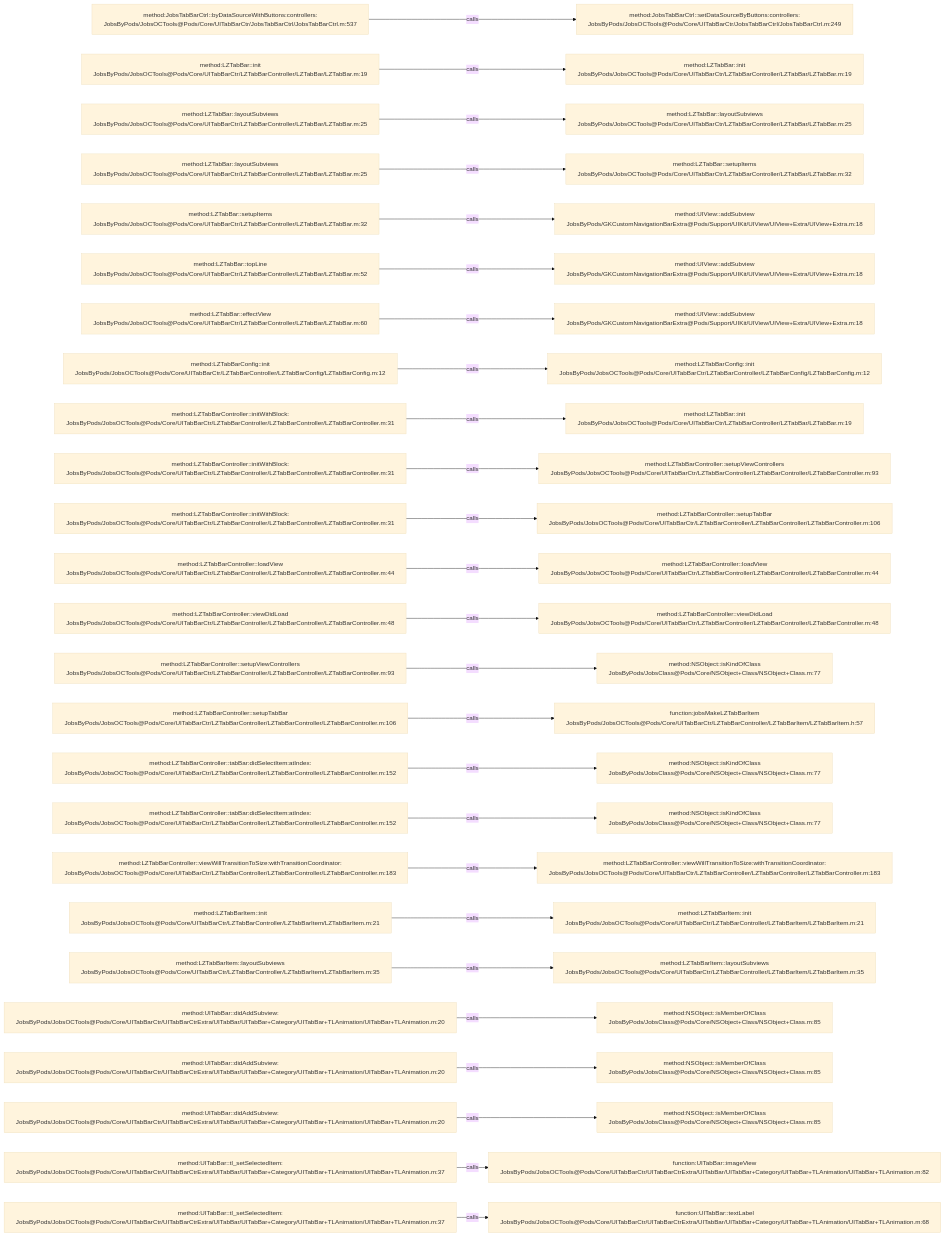
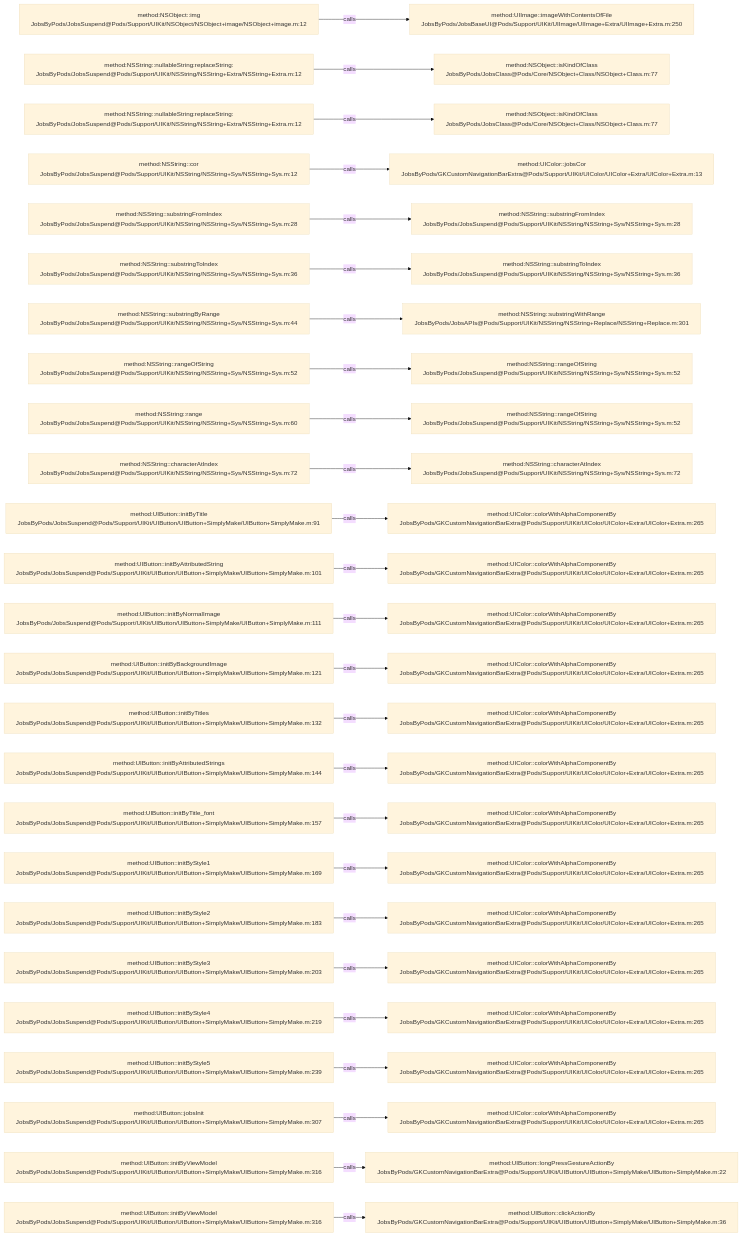
One commit to JobsKits/JobsOCBaseConfigDemo changed the diagram in .codegraph/codegraph.md/graphs/calls-160.md. Above: the diagram before and after it, drawn with Mermaid (base theme). The commit also changed 639 other files, not shown here.

````diff
--- a/.codegraph/codegraph.md/graphs/calls-160.md
+++ b/.codegraph/codegraph.md/graphs/calls-160.md
@@ -13,78 +13,78 @@
 ```mermaid
 flowchart LR
-  S1["method:JobsTabBarCtrl::byDataSourceWithButtons:controllers:<br/>JobsByPods/JobsOCTools@Pods/Core/UITabBarCtr/JobsTabBarCtrl/JobsTabBarCtrl.m:537"]
-  T1["method:JobsTabBarCtrl::setDataSourceByButtons:controllers:<br/>JobsByPods/JobsOCTools@Pods/Core/UITabBarCtr/JobsTabBarCtrl/JobsTabBarCtrl.m:249"]
+  S1["method:NSObject::img<br/>JobsByPods/JobsSuspend@Pods/Support/UIKit/NSObject/NSObject+image/NSObject+image.m:12"]
+  T1["method:UIImage::imageWithContentsOfFile<br/>JobsByPods/JobsBaseUI@Pods/Support/UIKit/UIImage/UIImage+Extra/UIImage+Extra.m:250"]
   S1 -->|calls| T1
-  S2["method:LZTabBar::init<br/>JobsByPods/JobsOCTools@Pods/Core/UITabBarCtr/LZTabBarController/LZTabBar/LZTabBar.m:19"]
-  T2["method:LZTabBar::init<br/>JobsByPods/JobsOCTools@Pods/Core/UITabBarCtr/LZTabBarController/LZTabBar/LZTabBar.m:19"]
+  S2["method:NSString::nullableString:replaceString:<br/>JobsByPods/JobsSuspend@Pods/Support/UIKit/NSString/NSString+Extra/NSString+Extra.m:12"]
+  T2["method:NSObject::isKindOfClass<br/>JobsByPods/JobsClass@Pods/Core/NSObject+Class/NSObject+Class.m:77"]
   S2 -->|calls| T2
-  S3["method:LZTabBar::layoutSubviews<br/>JobsByPods/JobsOCTools@Pods/Core/UITabBarCtr/LZTabBarController/LZTabBar/LZTabBar.m:25"]
-  T3["method:LZTabBar::layoutSubviews<br/>JobsByPods/JobsOCTools@Pods/Core/UITabBarCtr/LZTabBarController/LZTabBar/LZTabBar.m:25"]
+  S3["method:NSString::nullableString:replaceString:<br/>JobsByPods/JobsSuspend@Pods/Support/UIKit/NSString/NSString+Extra/NSString+Extra.m:12"]
+  T3["method:NSObject::isKindOfClass<br/>JobsByPods/JobsClass@Pods/Core/NSObject+Class/NSObject+Class.m:77"]
   S3 -->|calls| T3
-  S4["method:LZTabBar::layoutSubviews<br/>JobsByPods/JobsOCTools@Pods/Core/UITabBarCtr/LZTabBarController/LZTabBar/LZTabBar.m:25"]
-  T4["method:LZTabBar::setupItems<br/>JobsByPods/JobsOCTools@Pods/Core/UITabBarCtr/LZTabBarController/LZTabBar/LZTabBar.m:32"]
+  S4["method:NSString::cor<br/>JobsByPods/JobsSuspend@Pods/Support/UIKit/NSString/NSString+Sys/NSString+Sys.m:12"]
+  T4["method:UIColor::jobsCor<br/>JobsByPods/GKCustomNavigationBarExtra@Pods/Support/UIKit/UIColor/UIColor+Extra/UIColor+Extra.m:13"]
   S4 -->|calls| T4
-  S5["method:LZTabBar::setupItems<br/>JobsByPods/JobsOCTools@Pods/Core/UITabBarCtr/LZTabBarController/LZTabBar/LZTabBar.m:32"]
-  T5["method:UIView::addSubview<br/>JobsByPods/GKCustomNavigationBarExtra@Pods/Support/UIKit/UIView/UIView+Extra/UIView+Extra.m:18"]
+  S5["method:NSString::substringFromIndex<br/>JobsByPods/JobsSuspend@Pods/Support/UIKit/NSString/NSString+Sys/NSString+Sys.m:28"]
+  T5["method:NSString::substringFromIndex<br/>JobsByPods/JobsSuspend@Pods/Support/UIKit/NSString/NSString+Sys/NSString+Sys.m:28"]
   S5 -->|calls| T5
-  S6["method:LZTabBar::topLine<br/>JobsByPods/JobsOCTools@Pods/Core/UITabBarCtr/LZTabBarController/LZTabBar/LZTabBar.m:52"]
-  T6["method:UIView::addSubview<br/>JobsByPods/GKCustomNavigationBarExtra@Pods/Support/UIKit/UIView/UIView+Extra/UIView+Extra.m:18"]
+  S6["method:NSString::substringToIndex<br/>JobsByPods/JobsSuspend@Pods/Support/UIKit/NSString/NSString+Sys/NSString+Sys.m:36"]
+  T6["method:NSString::substringToIndex<br/>JobsByPods/JobsSuspend@Pods/Support/UIKit/NSString/NSString+Sys/NSString+Sys.m:36"]
   S6 -->|calls| T6
-  S7["method:LZTabBar::effectView<br/>JobsByPods/JobsOCTools@Pods/Core/UITabBarCtr/LZTabBarController/LZTabBar/LZTabBar.m:60"]
-  T7["method:UIView::addSubview<br/>JobsByPods/GKCustomNavigationBarExtra@Pods/Support/UIKit/UIView/UIView+Extra/UIView+Extra.m:18"]
+  S7["method:NSString::substringByRange<br/>JobsByPods/JobsSuspend@Pods/Support/UIKit/NSString/NSString+Sys/NSString+Sys.m:44"]
+  T7["method:NSString::substringWithRange<br/>JobsByPods/JobsAPIs@Pods/Support/UIKit/NSString/NSString+Replace/NSString+Replace.m:301"]
   S7 -->|calls| T7
-  S8["method:LZTabBarConfig::init<br/>JobsByPods/JobsOCTools@Pods/Core/UITabBarCtr/LZTabBarController/LZTabBarConfig/LZTabBarConfig.m:12"]
-  T8["method:LZTabBarConfig::init<br/>JobsByPods/JobsOCTools@Pods/Core/UITabBarCtr/LZTabBarController/LZTabBarConfig/LZTabBarConfig.m:12"]
+  S8["method:NSString::rangeOfString<br/>JobsByPods/JobsSuspend@Pods/Support/UIKit/NSString/NSString+Sys/NSString+Sys.m:52"]
+  T8["method:NSString::rangeOfString<br/>JobsByPods/JobsSuspend@Pods/Support/UIKit/NSString/NSString+Sys/NSString+Sys.m:52"]
   S8 -->|calls| T8
-  S9["method:LZTabBarController::initWithBlock:<br/>JobsByPods/JobsOCTools@Pods/Core/UITabBarCtr/LZTabBarController/LZTabBarController/LZTabBarController.m:31"]
-  T9["method:LZTabBar::init<br/>JobsByPods/JobsOCTools@Pods/Core/UITabBarCtr/LZTabBarController/LZTabBar/LZTabBar.m:19"]
+  S9["method:NSString::range<br/>JobsByPods/JobsSuspend@Pods/Support/UIKit/NSString/NSString+Sys/NSString+Sys.m:60"]
+  T9["method:NSString::rangeOfString<br/>JobsByPods/JobsSuspend@Pods/Support/UIKit/NSString/NSString+Sys/NSString+Sys.m:52"]
   S9 -->|calls| T9
-  S10["method:LZTabBarController::initWithBlock:<br/>JobsByPods/JobsOCTools@Pods/Core/UITabBarCtr/LZTabBarController/LZTabBarController/LZTabBarController.m:31"]
-  T10["method:LZTabBarController::setupViewControllers<br/>JobsByPods/JobsOCTools@Pods/Core/UITabBarCtr/LZTabBarController/LZTabBarController/LZTabBarController.m:93"]
+  S10["method:NSString::characterAtIndex<br/>JobsByPods/JobsSuspend@Pods/Support/UIKit/NSString/NSString+Sys/NSString+Sys.m:72"]
+  T10["method:NSString::characterAtIndex<br/>JobsByPods/JobsSuspend@Pods/Support/UIKit/NSString/NSString+Sys/NSString+Sys.m:72"]
   S10 -->|calls| T10
-  S11["method:LZTabBarController::initWithBlock:<br/>JobsByPods/JobsOCTools@Pods/Core/UITabBarCtr/LZTabBarController/LZTabBarController/LZTabBarController.m:31"]
-  T11["method:LZTabBarController::setupTabBar<br/>JobsByPods/JobsOCTools@Pods/Core/UITabBarCtr/LZTabBarController/LZTabBarController/LZTabBarController.m:106"]
+  S11["method:UIButton::initByTitle<br/>JobsByPods/JobsSuspend@Pods/Support/UIKit/UIButton/UIButton+SimplyMake/UIButton+SimplyMake.m:91"]
+  T11["method:UIColor::colorWithAlphaComponentBy<br/>JobsByPods/GKCustomNavigationBarExtra@Pods/Support/UIKit/UIColor/UIColor+Extra/UIColor+Extra.m:265"]
   S11 -->|calls| T11
-  S12["method:LZTabBarController::loadView<br/>JobsByPods/JobsOCTools@Pods/Core/UITabBarCtr/LZTabBarController/LZTabBarController/LZTabBarController.m:44"]
-  T12["method:LZTabBarController::loadView<br/>JobsByPods/JobsOCTools@Pods/Core/UITabBarCtr/LZTabBarController/LZTabBarController/LZTabBarController.m:44"]
+  S12["method:UIButton::initByAttributedString<br/>JobsByPods/JobsSuspend@Pods/Support/UIKit/UIButton/UIButton+SimplyMake/UIButton+SimplyMake.m:101"]
+  T12["method:UIColor::colorWithAlphaComponentBy<br/>JobsByPods/GKCustomNavigationBarExtra@Pods/Support/UIKit/UIColor/UIColor+Extra/UIColor+Extra.m:265"]
   S12 -->|calls| T12
-  S13["method:LZTabBarController::viewDidLoad<br/>JobsByPods/JobsOCTools@Pods/Core/UITabBarCtr/LZTabBarController/LZTabBarController/LZTabBarController.m:48"]
-  T13["method:LZTabBarController::viewDidLoad<br/>JobsByPods/JobsOCTools@Pods/Core/UITabBarCtr/LZTabBarController/LZTabBarController/LZTabBarController.m:48"]
+  S13["method:UIButton::initByNormalImage<br/>JobsByPods/JobsSuspend@Pods/Support/UIKit/UIButton/UIButton+SimplyMake/UIButton+SimplyMake.m:111"]
+  T13["method:UIColor::colorWithAlphaComponentBy<br/>JobsByPods/GKCustomNavigationBarExtra@Pods/Support/UIKit/UIColor/UIColor+Extra/UIColor+Extra.m:265"]
   S13 -->|calls| T13
-  S14["method:LZTabBarController::setupViewControllers<br/>JobsByPods/JobsOCTools@Pods/Core/UITabBarCtr/LZTabBarController/LZTabBarController/LZTabBarController.m:93"]
-  T14["method:NSObject::isKindOfClass<br/>JobsByPods/JobsClass@Pods/Core/NSObject+Class/NSObject+Class.m:77"]
+  S14["method:UIButton::initByBackgroundImage<br/>JobsByPods/JobsSuspend@Pods/Support/UIKit/UIButton/UIButton+SimplyMake/UIButton+SimplyMake.m:121"]
+  T14["method:UIColor::colorWithAlphaComponentBy<br/>JobsByPods/GKCustomNavigationBarExtra@Pods/Support/UIKit/UIColor/UIColor+Extra/UIColor+Extra.m:265"]
   S14 -->|calls| T14
-  S15["method:LZTabBarController::setupTabBar<br/>JobsByPods/JobsOCTools@Pods/Core/UITabBarCtr/LZTabBarController/LZTabBarController/LZTabBarController.m:106"]
-  T15["function:jobsMakeLZTabBarItem<br/>JobsByPods/JobsOCTools@Pods/Core/UITabBarCtr/LZTabBarController/LZTabBarItem/LZTabBarItem.h:57"]
+  S15["method:UIButton::initByTitles<br/>JobsByPods/JobsSuspend@Pods/Support/UIKit/UIButton/UIButton+SimplyMake/UIButton+SimplyMake.m:132"]
+  T15["method:UIColor::colorWithAlphaComponentBy<br/>JobsByPods/GKCustomNavigationBarExtra@Pods/Support/UIKit/UIColor/UIColor+Extra/UIColor+Extra.m:265"]
   S15 -->|calls| T15
-  S16["method:LZTabBarController::tabBar:didSelectItem:atIndex:<br/>JobsByPods/JobsOCTools@Pods/Core/UITabBarCtr/LZTabBarController/LZTabBarController/LZTabBarController.m:152"]
-  T16["method:NSObject::isKindOfClass<br/>JobsByPods/JobsClass@Pods/Core/NSObject+Class/NSObject+Class.m:77"]
+  S16["method:UIButton::initByAttributedStrings<br/>JobsByPods/JobsSuspend@Pods/Support/UIKit/UIButton/UIButton+SimplyMake/UIButton+SimplyMake.m:144"]
+  T16["method:UIColor::colorWithAlphaComponentBy<br/>JobsByPods/GKCustomNavigationBarExtra@Pods/Support/UIKit/UIColor/UIColor+Extra/UIColor+Extra.m:265"]
   S16 -->|calls| T16
-  S17["method:LZTabBarController::tabBar:didSelectItem:atIndex:<br/>JobsByPods/JobsOCTools@Pods/Core/UITabBarCtr/LZTabBarController/LZTabBarController/LZTabBarController.m:152"]
-  T17["method:NSObject::isKindOfClass<br/>JobsByPods/JobsClass@Pods/Core/NSObject+Class/NSObject+Class.m:77"]
+  S17["method:UIButton::initByTitle_font<br/>JobsByPods/JobsSuspend@Pods/Support/UIKit/UIButton/UIButton+SimplyMake/UIButton+SimplyMake.m:157"]
+  T17["method:UIColor::colorWithAlphaComponentBy<br/>JobsByPods/GKCustomNavigationBarExtra@Pods/Support/UIKit/UIColor/UIColor+Extra/UIColor+Extra.m:265"]
   S17 -->|calls| T17
-  S18["method:LZTabBarController::viewWillTransitionToSize:withTransitionCoordinator:<br/>JobsByPods/JobsOCTools@Pods/Core/UITabBarCtr/LZTabBarController/LZTabBarController/LZTabBarController.m:183"]
-  T18["method:LZTabBarController::viewWillTransitionToSize:withTransitionCoordinator:<br/>JobsByPods/JobsOCTools@Pods/Core/UITabBarCtr/LZTabBarController/LZTabBarController/LZTabBarController.m:183"]
+  S18["method:UIButton::initByStyle1<br/>JobsByPods/JobsSuspend@Pods/Support/UIKit/UIButton/UIButton+SimplyMake/UIButton+SimplyMake.m:169"]
+  T18["method:UIColor::colorWithAlphaComponentBy<br/>JobsByPods/GKCustomNavigationBarExtra@Pods/Support/UIKit/UIColor/UIColor+Extra/UIColor+Extra.m:265"]
   S18 -->|calls| T18
-  S19["method:LZTabBarItem::init<br/>JobsByPods/JobsOCTools@Pods/Core/UITabBarCtr/LZTabBarController/LZTabBarItem/LZTabBarItem.m:21"]
-  T19["method:LZTabBarItem::init<br/>JobsByPods/JobsOCTools@Pods/Core/UITabBarCtr/LZTabBarController/LZTabBarItem/LZTabBarItem.m:21"]
+  S19["method:UIButton::initByStyle2<br/>JobsByPods/JobsSuspend@Pods/Support/UIKit/UIButton/UIButton+SimplyMake/UIButton+SimplyMake.m:183"]
+  T19["method:UIColor::colorWithAlphaComponentBy<br/>JobsByPods/GKCustomNavigationBarExtra@Pods/Support/UIKit/UIColor/UIColor+Extra/UIColor+Extra.m:265"]
   S19 -->|calls| T19
-  S20["method:LZTabBarItem::layoutSubviews<br/>JobsByPods/JobsOCTools@Pods/Core/UITabBarCtr/LZTabBarController/LZTabBarItem/LZTabBarItem.m:35"]
-  T20["method:LZTabBarItem::layoutSubviews<br/>JobsByPods/JobsOCTools@Pods/Core/UITabBarCtr/LZTabBarController/LZTabBarItem/LZTabBarItem.m:35"]
+  S20["method:UIButton::initByStyle3<br/>JobsByPods/JobsSuspend@Pods/Support/UIKit/UIButton/UIButton+SimplyMake/UIButton+SimplyMake.m:203"]
+  T20["method:UIColor::colorWithAlphaComponentBy<br/>JobsByPods/GKCustomNavigationBarExtra@Pods/Support/UIKit/UIColor/UIColor+Extra/UIColor+Extra.m:265"]
   S20 -->|calls| T20
-  S21["method:UITabBar::didAddSubview:<br/>JobsByPods/JobsOCTools@Pods/Core/UITabBarCtr/UITabBarCtrExtra/UITabBar/UITabBar+Category/UITabBar+TLAnimation/UITabBar+TLAnimation.m:20"]
-  T21["method:NSObject::isMemberOfClass<br/>JobsByPods/JobsClass@Pods/Core/NSObject+Class/NSObject+Class.m:85"]
+  S21["method:UIButton::initByStyle4<br/>JobsByPods/JobsSuspend@Pods/Support/UIKit/UIButton/UIButton+SimplyMake/UIButton+SimplyMake.m:219"]
+  T21["method:UIColor::colorWithAlphaComponentBy<br/>JobsByPods/GKCustomNavigationBarExtra@Pods/Support/UIKit/UIColor/UIColor+Extra/UIColor+Extra.m:265"]
   S21 -->|calls| T21
-  S22["method:UITabBar::didAddSubview:<br/>JobsByPods/JobsOCTools@Pods/Core/UITabBarCtr/UITabBarCtrExtra/UITabBar/UITabBar+Category/UITabBar+TLAnimation/UITabBar+TLAnimation.m:20"]
-  T22["method:NSObject::isMemberOfClass<br/>JobsByPods/JobsClass@Pods/Core/NSObject+Class/NSObject+Class.m:85"]
+  S22["method:UIButton::initByStyle5<br/>JobsByPods/JobsSuspend@Pods/Support/UIKit/UIButton/UIButton+SimplyMake/UIButton+SimplyMake.m:239"]
+  T22["method:UIColor::colorWithAlphaComponentBy<br/>JobsByPods/GKCustomNavigationBarExtra@Pods/Support/UIKit/UIColor/UIColor+Extra/UIColor+Extra.m:265"]
   S22 -->|calls| T22
-  S23["method:UITabBar::didAddSubview:<br/>JobsByPods/JobsOCTools@Pods/Core/UITabBarCtr/UITabBarCtrExtra/UITabBar/UITabBar+Category/UITabBar+TLAnimation/UITabBar+TLAnimation.m:20"]
-  T23["method:NSObject::isMemberOfClass<br/>JobsByPods/JobsClass@Pods/Core/NSObject+Class/NSObject+Class.m:85"]
+  S23["method:UIButton::jobsInit<br/>JobsByPods/JobsSuspend@Pods/Support/UIKit/UIButton/UIButton+SimplyMake/UIButton+SimplyMake.m:307"]
+  T23["method:UIColor::colorWithAlphaComponentBy<br/>JobsByPods/GKCustomNavigationBarExtra@Pods/Support/UIKit/UIColor/UIColor+Extra/UIColor+Extra.m:265"]
   S23 -->|calls| T23
-  S24["method:UITabBar::tl_setSelectedItem:<br/>JobsByPods/JobsOCTools@Pods/Core/UITabBarCtr/UITabBarCtrExtra/UITabBar/UITabBar+Category/UITabBar+TLAnimation/UITabBar+TLAnimation.m:37"]
-  T24["function:UITabBar::imageView<br/>JobsByPods/JobsOCTools@Pods/Core/UITabBarCtr/UITabBarCtrExtra/UITabBar/UITabBar+Category/UITabBar+TLAnimation/UITabBar+TLAnimation.m:82"]
+  S24["method:UIButton::initByViewModel<br/>JobsByPods/JobsSuspend@Pods/Support/UIKit/UIButton/UIButton+SimplyMake/UIButton+SimplyMake.m:316"]
+  T24["method:UIButton::longPressGestureActionBy<br/>JobsByPods/GKCustomNavigationBarExtra@Pods/Support/UIKit/UIButton/UIButton+SimplyMake/UIButton+SimplyMake.m:22"]
   S24 -->|calls| T24
-  S25["method:UITabBar::tl_setSelectedItem:<br/>JobsByPods/JobsOCTools@Pods/Core/UITabBarCtr/UITabBarCtrExtra/UITabBar/UITabBar+Category/UITabBar+TLAnimation/UITabBar+TLAnimation.m:37"]
-  T25["function:UITabBar::textLabel<br/>JobsByPods/JobsOCTools@Pods/Core/UITabBarCtr/UITabBarCtrExtra/UITabBar/UITabBar+Category/UITabBar+TLAnimation/UITabBar+TLAnimation.m:68"]
+  S25["method:UIButton::initByViewModel<br/>JobsByPods/JobsSuspend@Pods/Support/UIKit/UIButton/UIButton+SimplyMake/UIButton+SimplyMake.m:316"]
+  T25["method:UIButton::clickActionBy<br/>JobsByPods/GKCustomNavigationBarExtra@Pods/Support/UIKit/UIButton/UIButton+SimplyMake/UIButton+SimplyMake.m:36"]
   S25 -->|calls| T25
 ```
````
